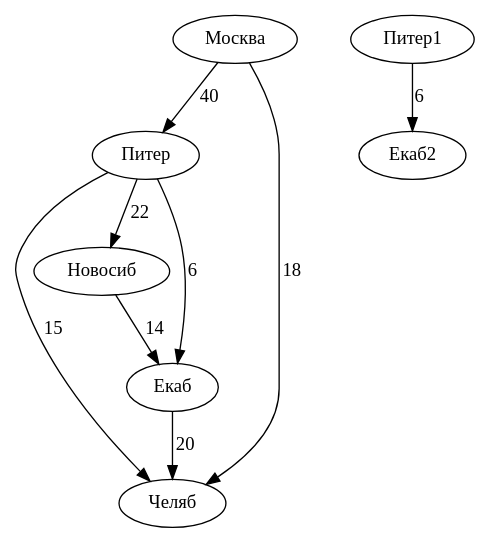
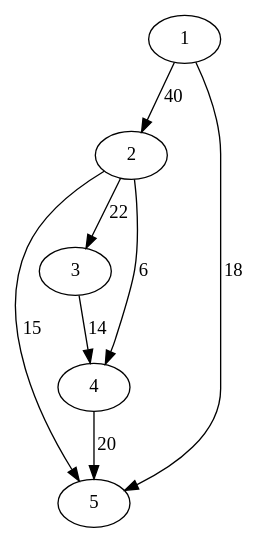
One commit to AlexanderSenchenko/Coursework_TRPO changed the diagram in example1.gv. Above: the diagram before and after it, drawn with Graphviz. The commit also changed 3 other files, not shown here.

```diff
--- a/example1.gv
+++ b/example1.gv
@@ -1,11 +1,9 @@
 digraph HelloWorld {
-	"Москва" -> "Питер"[label="40"];
-	"Москва" -> "Челяб"[label="18"];
-	"Питер" -> "Новосиб"[label="22"];
-	"Питер" -> "Екаб"[label="6"];
-	"Питер" -> "Челяб"[label="15"];
-	"Новосиб" -> "Екаб"[label="14"];
-	"Екаб" -> "Челяб"[label="20"];
-
-	"Питер1" -> "Екаб2"[label="6"];
+	"1" -> "2"[label="40"];
+	"1" -> "5"[label="18"];
+	"2" -> "3"[label="22"];
+	"2" -> "4"[label="6"];
+	"2" -> "5"[label="15"];
+	"3" -> "4"[label="14"];
+	"4" -> "5"[label="20"];
 }
```
